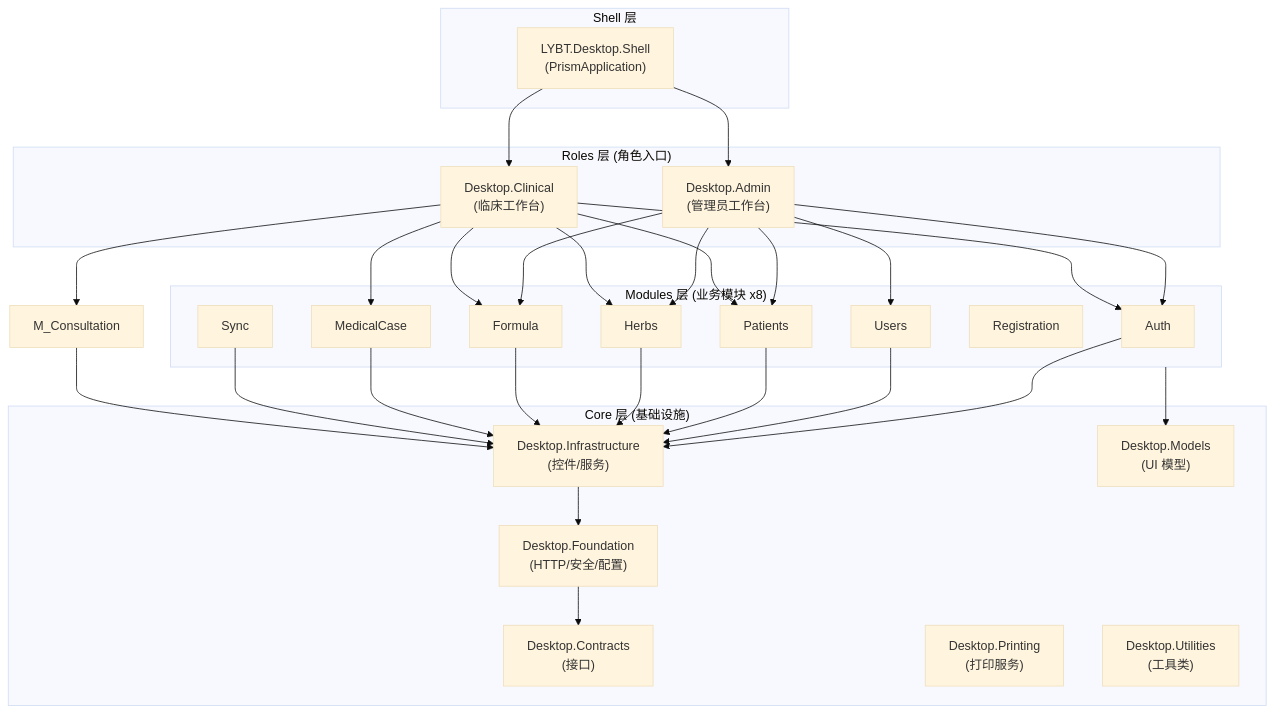
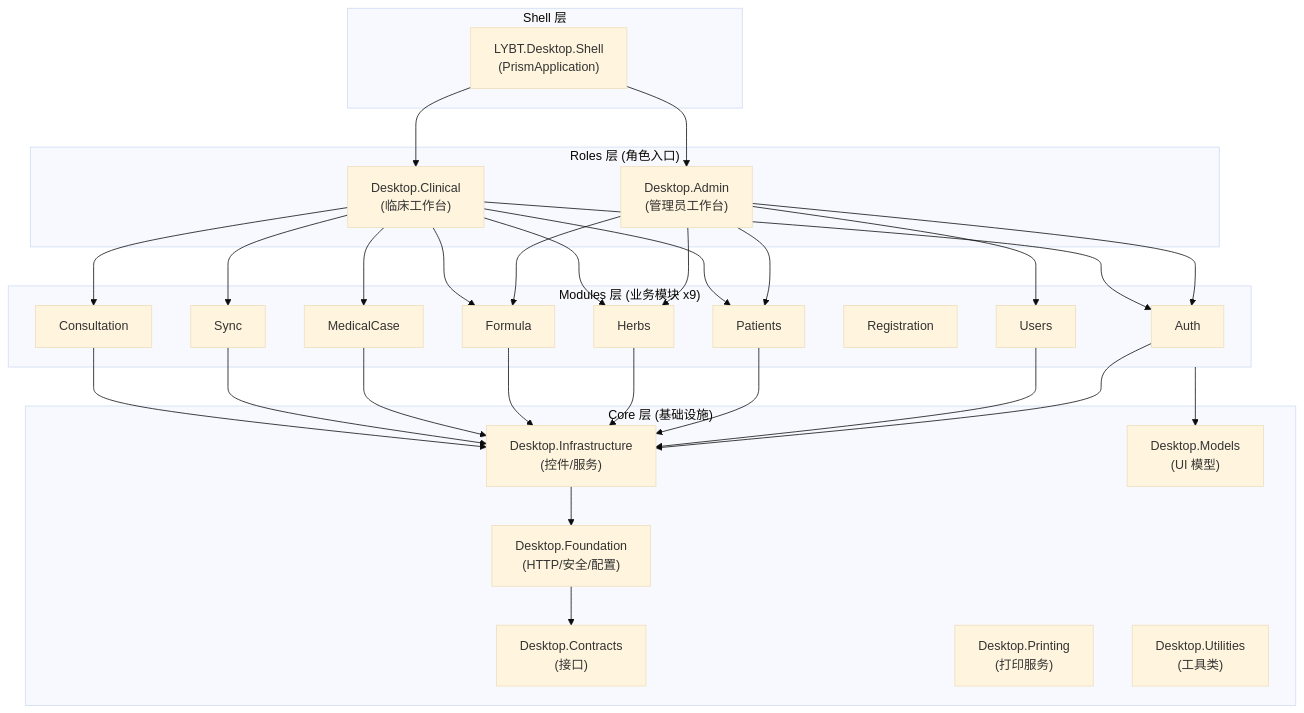
The diagram in docs/07-concepts/18-mvvm-prism.md (shouqitao/LYBTZYZS), drawn with Mermaid (base theme) before and after one commit. The commit also changed other lines of this file and 19 other files, not shown here.

````diff
--- a/docs/07-concepts/18-mvvm-prism.md
+++ b/docs/07-concepts/18-mvvm-prism.md
@@ -18,38 +18,39 @@
 ```mermaid
 graph TB
     subgraph Shell["Shell 层"]
         App["LYBT.Desktop.Shell<br>(PrismApplication)"]
     end
 
     subgraph Roles["Roles 层 (角色入口)"]
         Admin["Desktop.Admin<br>(管理员工作台)"]
         Clinical["Desktop.Clinical<br>(临床工作台)"]
     end
 
-    subgraph Modules["Modules 层 (业务模块 x8)"]
+    subgraph Modules["Modules 层 (业务模块 x9)"]
         M_Auth["Auth"]
         M_Users["Users"]
         M_Patients["Patients"]
         M_Herbs["Herbs"]
         M_Formula["Formula"]
         M_MC["MedicalCase"]
         M_Reg["Registration"]
+        M_Consultation["Consultation"]
         M_Sync["Sync"]
     end
 
     subgraph Core["Core 层 (基础设施)"]
         Contracts["Desktop.Contracts<br>(接口)"]
         Foundation["Desktop.Foundation<br>(HTTP/安全/配置)"]
         Infrastructure["Desktop.Infrastructure<br>(控件/服务)"]
         Models["Desktop.Models<br>(UI 模型)"]
         Printing["Desktop.Printing<br>(打印服务)"]
         Utilities["Desktop.Utilities<br>(工具类)"]
     end
 
     App --> Admin & Clinical
     Admin --> M_Auth & M_Users & M_Patients & M_Herbs & M_Formula
-    Clinical --> M_Auth & M_Patients & M_MC & M_Consultation & M_Herbs & M_Formula
+    Clinical --> M_Auth & M_Patients & M_MC & M_Consultation & M_Herbs & M_Formula & M_Sync
     M_Auth & M_Users & M_Patients & M_Herbs & M_Formula & M_MC & M_Sync & M_Consultation --> Infrastructure
     Infrastructure --> Foundation --> Contracts
     Modules --> Models
 ```
````
